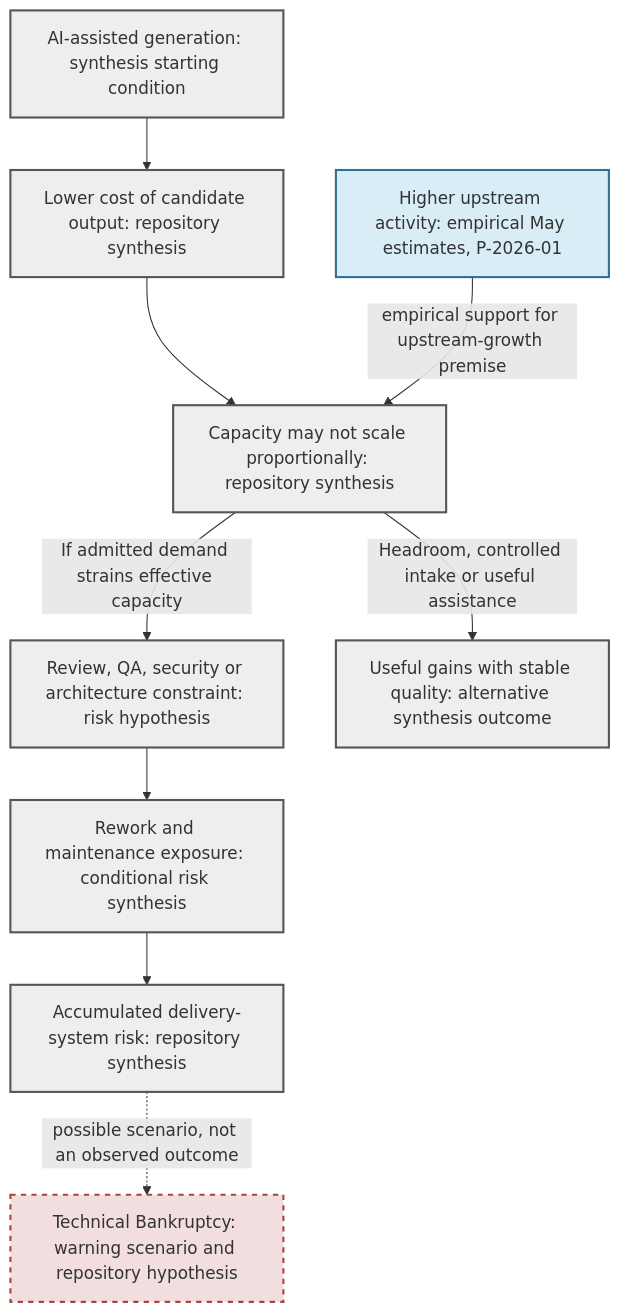
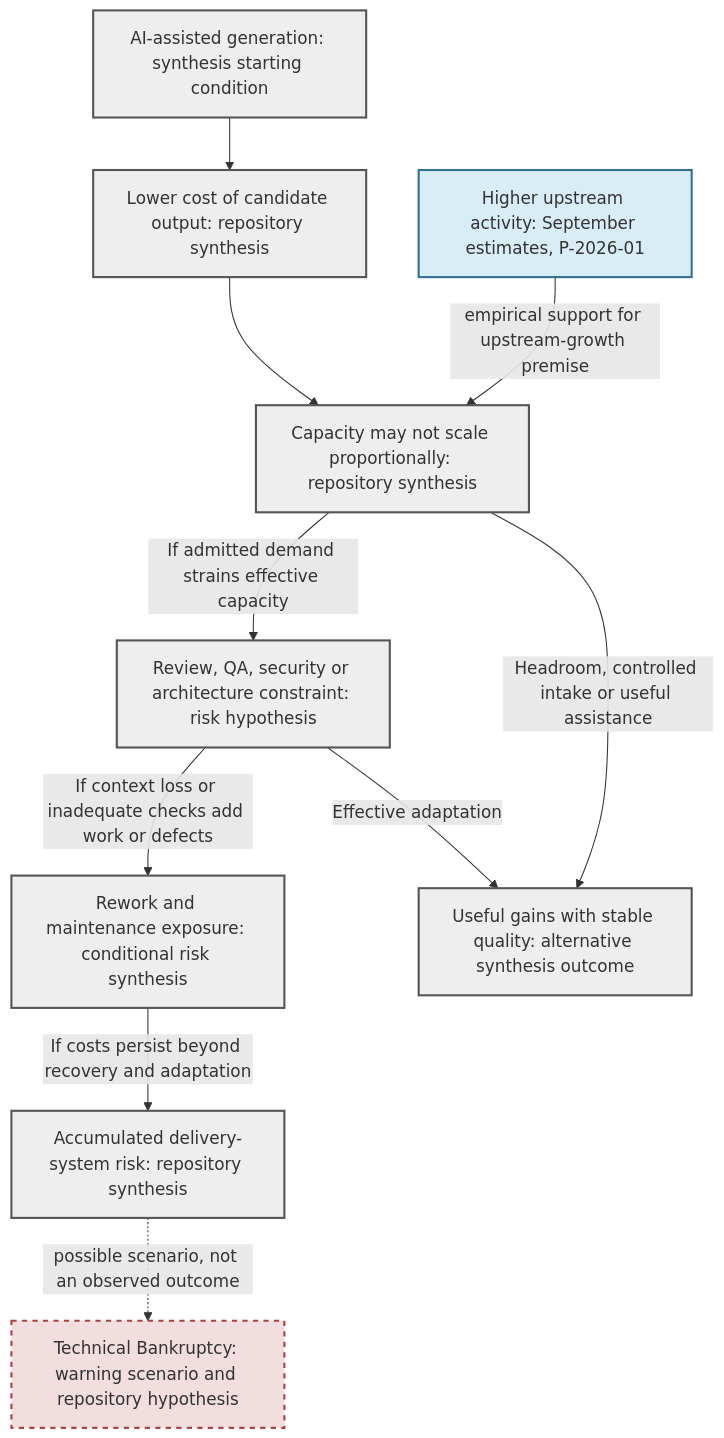
The diagram in README.md (UncertaintyArchitectureGroup/The-Subprime-Code-Crisis), drawn with Mermaid before and after one commit. The commit also changed other lines of this file and 17 other files, not shown here.

````diff
--- a/README.md
+++ b/README.md
@@ -86,27 +86,29 @@
 ```mermaid
 flowchart TD
     classDef empirical fill:#d9edf7,stroke:#31708f,stroke-width:2px;
     classDef synthesis fill:#eeeeee,stroke:#555,stroke-width:2px;
     classDef scenario fill:#f2dede,stroke:#a94442,stroke-width:2px,stroke-dasharray: 5 5;
 
     A["AI-assisted generation: synthesis starting condition"]
     B["Lower cost of candidate output: repository synthesis"]
-    C["Higher upstream activity: empirical May estimates, P-2026-01"]
+    C["Higher upstream activity: September estimates, P-2026-01"]
     D["Capacity may not scale proportionally: repository synthesis"]
     E["Review, QA, security or architecture constraint: risk hypothesis"]
     F["Rework and maintenance exposure: conditional risk synthesis"]
     G["Accumulated delivery-system risk: repository synthesis"]
     H["Technical Bankruptcy: warning scenario and repository hypothesis"]
 
     A --> B
     B --> D
     C -->|empirical support for upstream-growth premise| D
     D -->|If admitted demand strains effective capacity| E
-    E --> F --> G
+    E -->|"If context loss or inadequate checks add work or defects"| F
+    F -->|"If costs persist beyond recovery and adaptation"| G
+    E -->|"Effective adaptation"| I
     D -->|Headroom, controlled intake or useful assistance| I["Useful gains with stable quality: alternative synthesis outcome"]
     G -. possible scenario, not an observed outcome .-> H
 
     class C empirical;
     class A,B,D,E,F,G,I synthesis;
     class H scenario;
 ```
````
